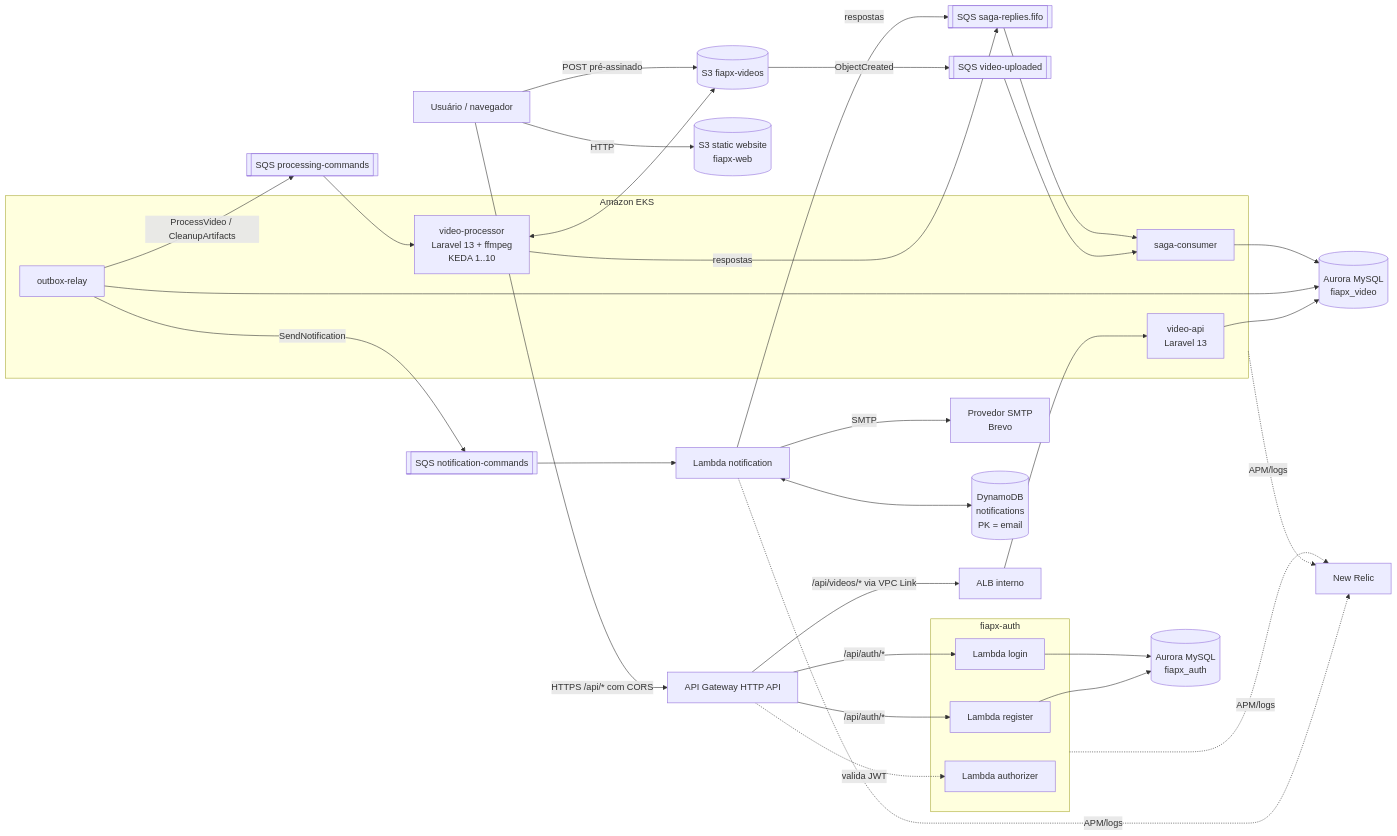
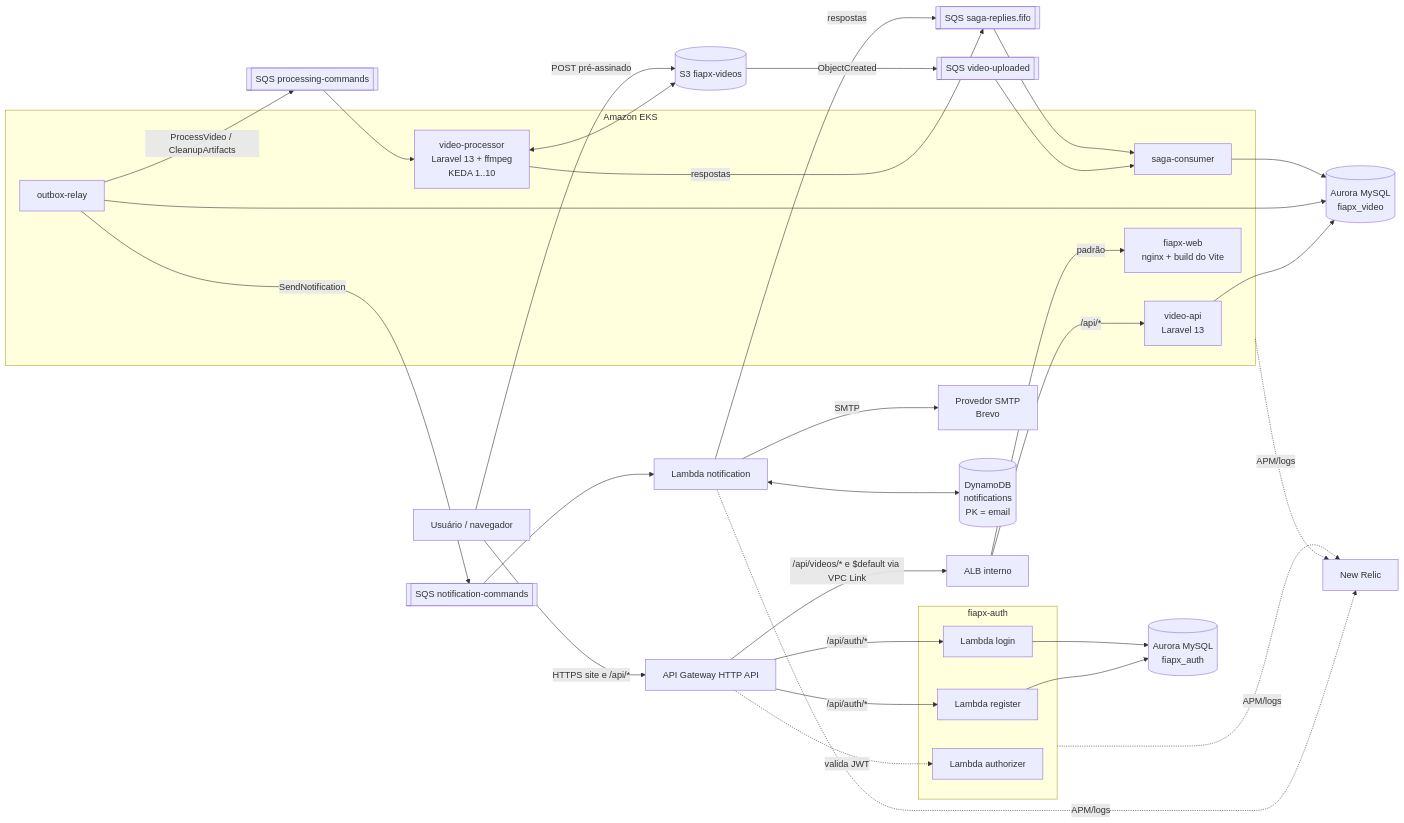
The first of 5 diagrams in 00-especificacao/Projeto-hackton.md (hackathon-fiap-soat/fiapx-docs), drawn with Mermaid before and after one commit. The commit also changed other lines of this file and 35 other files, not shown here.

````diff
--- a/00-especificacao/Projeto-hackton.md
+++ b/00-especificacao/Projeto-hackton.md
@@ -164,42 +166,43 @@
 ```mermaid
 flowchart LR
-  U[Usuário / navegador] -->|HTTP| WEB[(S3 static website<br/>fiapx-web)]
-  U -->|HTTPS /api/* com CORS| APIGW[API Gateway HTTP API]
+  U[Usuário / navegador] -->|HTTPS site e /api/*| APIGW[API Gateway HTTP API]
   U -->|POST pré-assinado| S3[(S3 fiapx-videos)]
 
   subgraph Auth[fiapx-auth]
     LREG[Lambda register]
     LLOGIN[Lambda login]
     LAUTHZ[Lambda authorizer]
   end
 
   APIGW -->|/api/auth/*| LREG & LLOGIN
   APIGW -. valida JWT .-> LAUTHZ
-  APIGW -->|/api/videos/* via VPC Link| ALB[ALB interno]
+  APIGW -->|/api/videos/* e $default via VPC Link| ALB[ALB interno]
 
   subgraph EKS[Amazon EKS]
     API[video-api<br/>Laravel 13]
     RELAY[outbox-relay]
     CONS[saga-consumer]
     WRK[video-processor<br/>Laravel 13 + ffmpeg<br/>KEDA 1..10]
+    WEB[fiapx-web<br/>nginx + build do Vite]
   end
 
-  ALB --> API
+  ALB -->|/api/*| API
+  ALB -->|padrão| WEB
   LREG & LLOGIN --> AURORA_AUTH[(Aurora MySQL<br/>fiapx_auth)]
   API & RELAY & CONS --> AURORA_VIDEO[(Aurora MySQL<br/>fiapx_video)]
 
   S3 -->|ObjectCreated| Q_UP[[SQS video-uploaded]]
   Q_UP --> CONS
   RELAY -->|ProcessVideo / CleanupArtifacts| Q_PROC[[SQS processing-commands]]
   RELAY -->|SendNotification| Q_NOTIF[[SQS notification-commands]]
   Q_PROC --> WRK
   WRK <--> S3
   WRK -->|respostas| Q_REPLY[[SQS saga-replies.fifo]]
   Q_NOTIF --> LNOTIF[Lambda notification]
   LNOTIF -->|SMTP| SMTP[Provedor SMTP<br/>Brevo]
   LNOTIF <--> DDB[(DynamoDB<br/>notifications<br/>PK = email)]
   LNOTIF -->|respostas| Q_REPLY
   Q_REPLY --> CONS
 
   EKS & Auth & LNOTIF -. APM/logs .-> NR[New Relic]
 ```
````
